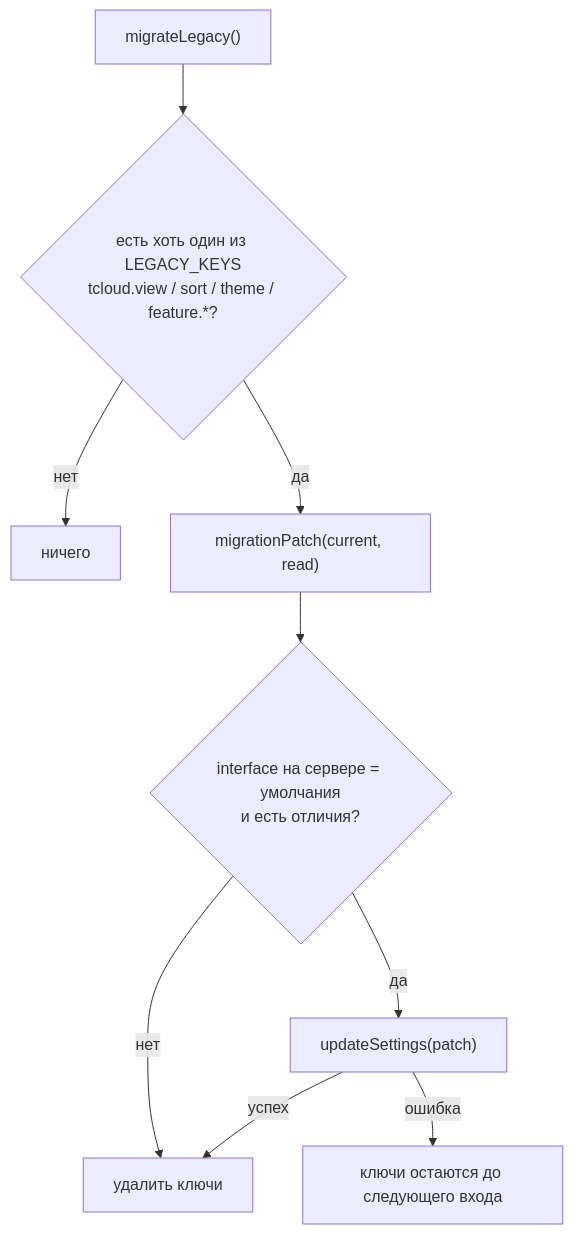
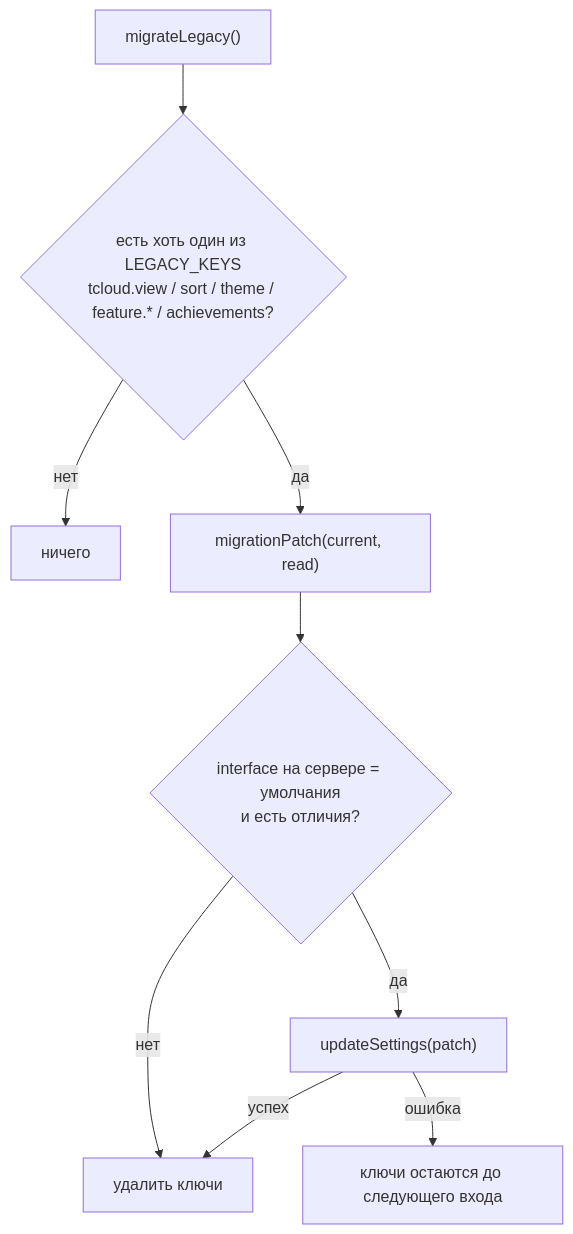
Before and after one commit to NikitkaZXC/tcloud-frontend: the fifth of 5 diagrams in docs/data-flow.md, drawn with Mermaid. The commit also changed other lines of this file and 20 other files, not shown here.

Commit message:
feat: remove pixel cursor, confetti, achievements and pet; clear their localStorage key on start

````diff
--- a/docs/data-flow.md
+++ b/docs/data-flow.md
@@ -186,11 +186,11 @@
 ```mermaid
 flowchart TD
-    start["migrateLegacy()"] --> any{"есть хоть один из LEGACY_KEYS<br/>tcloud.view / sort / theme / feature.*?"}
+    start["migrateLegacy()"] --> any{"есть хоть один из LEGACY_KEYS<br/>tcloud.view / sort / theme / feature.* / achievements?"}
     any -- нет --> done["ничего"]
     any -- да --> patch["migrationPatch(current, read)"]
     patch --> def{"interface на сервере = умолчания<br/>и есть отличия?"}
     def -- нет --> clear["удалить ключи"]
     def -- да --> upd["updateSettings(patch)"]
     upd -- успех --> clear
     upd -- ошибка --> keep["ключи остаются до следующего входа"]
 ```
````
